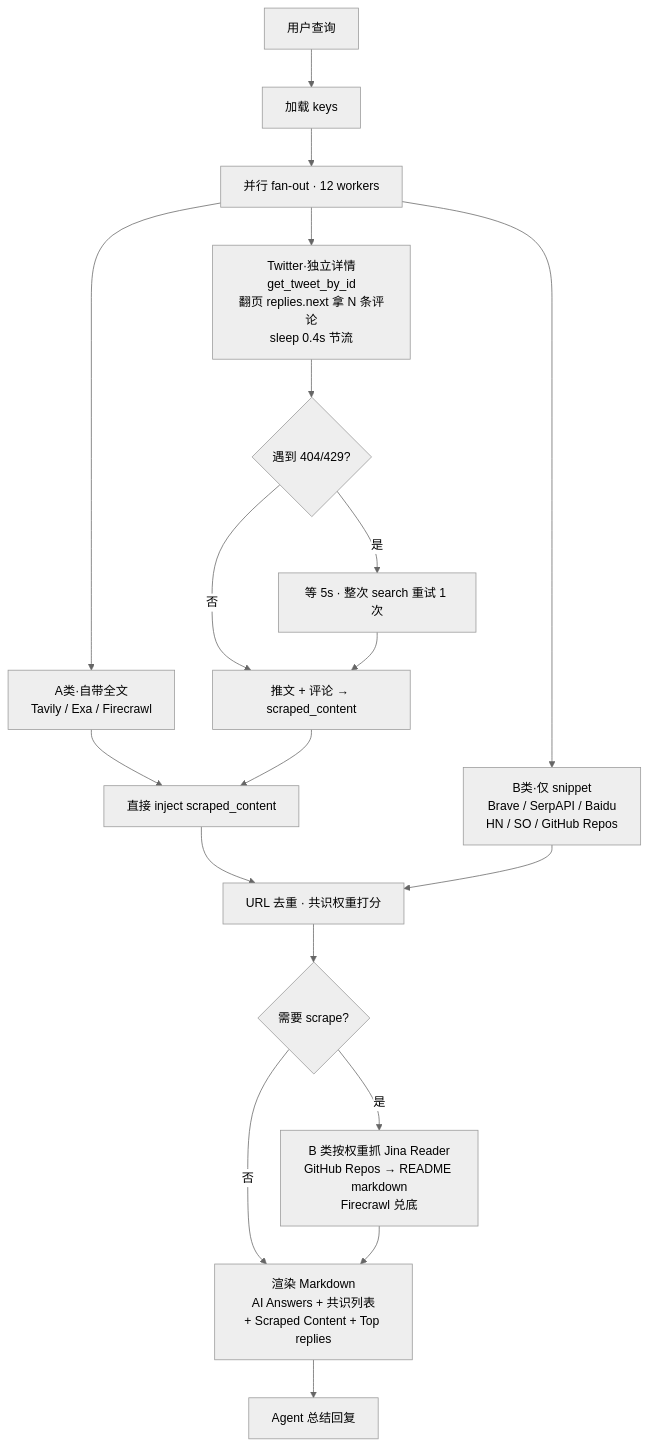
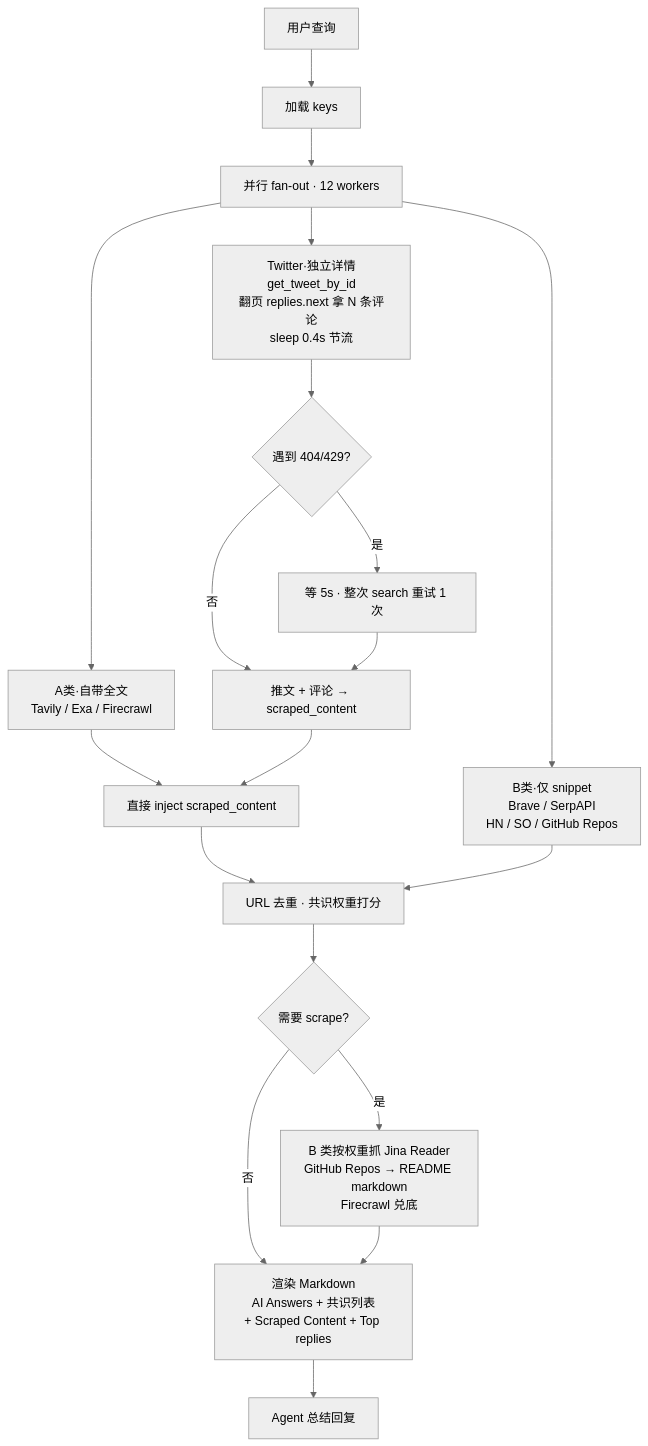
Before and after one commit to inorilzy/multi-search-skill: the diagram in SKILL.md, drawn with Mermaid (neutral theme). The commit also changed other lines of this file and 1 other file, not shown here.

First line of the commit message:
docs: sync SKILL.md + README.md to 8 sources (drop baidu)

````diff
--- a/SKILL.md
+++ b/SKILL.md
@@ -132,28 +129,28 @@
 ```mermaid
 flowchart TD
     U[用户查询] --> K[加载 keys]
     K --> FAN[并行 fan-out · 12 workers]
 
     FAN --> A[A类·自带全文<br/>Tavily / Exa / Firecrawl]
-    FAN --> B[B类·仅 snippet<br/>Brave / SerpAPI / Baidu<br/>HN / SO / GitHub Repos]
+    FAN --> B[B类·仅 snippet<br/>Brave / SerpAPI<br/>HN / SO / GitHub Repos]
     FAN --> TW[Twitter·独立详情<br/>get_tweet_by_id<br/>翻页 replies.next 拿 N 条评论<br/>sleep 0.4s 节流]
 
     TW --> RT{遇到 404/429?}
     RT -->|是| RTY[等 5s · 整次 search 重试 1 次]
     RT -->|否| TWE[推文 + 评论 → scraped_content]
     RTY --> TWE
 
     A --> INJ[直接 inject scraped_content]
     TWE --> INJ
 
     INJ --> M[URL 去重 · 共识权重打分]
     B --> M
 
     M --> SCR{需要 scrape?}
     SCR -->|是| SCR1[B 类按权重抓 Jina Reader<br/>GitHub Repos → README markdown<br/>Firecrawl 兑底]
     SCR -->|否| OUT
     SCR1 --> OUT
 
     OUT[渲染 Markdown<br/>AI Answers + 共识列表<br/>+ Scraped Content + Top replies]
     OUT --> SUM[Agent 总结回复]
 ```
````
